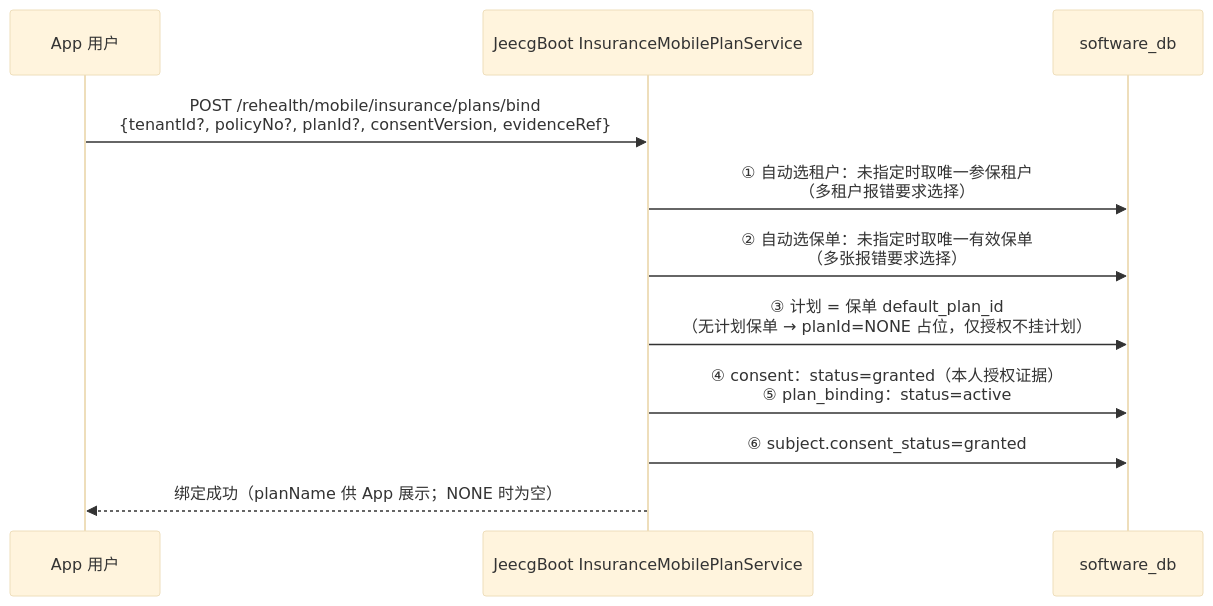
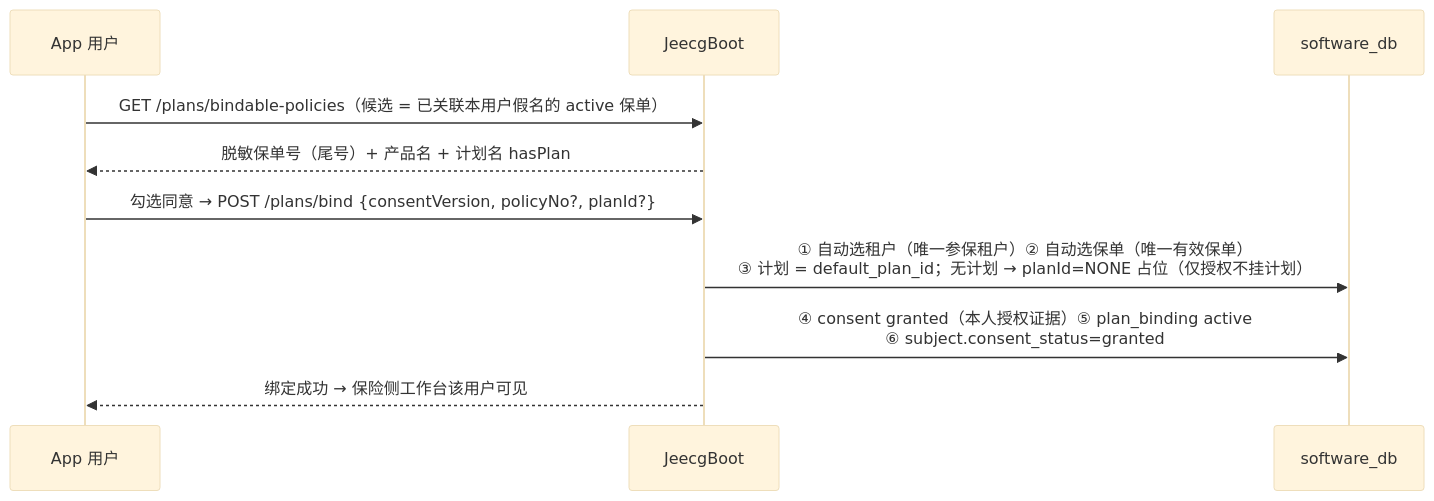
One commit to wjmlong/rehealth_tongbu changed the fifth of 5 diagrams in docs/保险侧保单与计划管理.md. Above: the diagram before and after it, drawn with Mermaid (base theme). The commit also changed other lines of this file and 4 other files, not shown here.

````diff
--- a/docs/保险侧保单与计划管理.md
+++ b/docs/保险侧保单与计划管理.md
@@ -640,13 +108,12 @@
 ```mermaid
 sequenceDiagram
-    participant U as App 用户
-    participant JEE as JeecgBoot InsuranceMobilePlanService
+    participant APP as App 用户
+    participant JEE as JeecgBoot
     participant DB as software_db
-    U->>JEE: POST /rehealth/mobile/insurance/plans/bind<br>{tenantId?, policyNo?, planId?, consentVersion, evidenceRef}
-    JEE->>DB: ① 自动选租户：未指定时取唯一参保租户<br>（多租户报错要求选择）
-    JEE->>DB: ② 自动选保单：未指定时取唯一有效保单<br>（多张报错要求选择）
-    JEE->>DB: ③ 计划 = 保单 default_plan_id<br>（无计划保单 → planId=NONE 占位，仅授权不挂计划）
-    JEE->>DB: ④ consent：status=granted（本人授权证据）<br>⑤ plan_binding：status=active
-    JEE->>DB: ⑥ subject.consent_status=granted
-    JEE-->>U: 绑定成功（planName 供 App 展示；NONE 时为空）
+    APP->>JEE: GET /plans/bindable-policies（候选 = 已关联本用户假名的 active 保单）
+    JEE-->>APP: 脱敏保单号（尾号）+ 产品名 + 计划名 hasPlan
+    APP->>JEE: 勾选同意 → POST /plans/bind {consentVersion, policyNo?, planId?}
+    JEE->>DB: ① 自动选租户（唯一参保租户）② 自动选保单（唯一有效保单）<br>③ 计划 = default_plan_id；无计划 → planId=NONE 占位（仅授权不挂计划）
+    JEE->>DB: ④ consent granted（本人授权证据）⑤ plan_binding active<br>⑥ subject.consent_status=granted
+    JEE-->>APP: 绑定成功 → 保险侧工作台该用户可见
 ```
````
